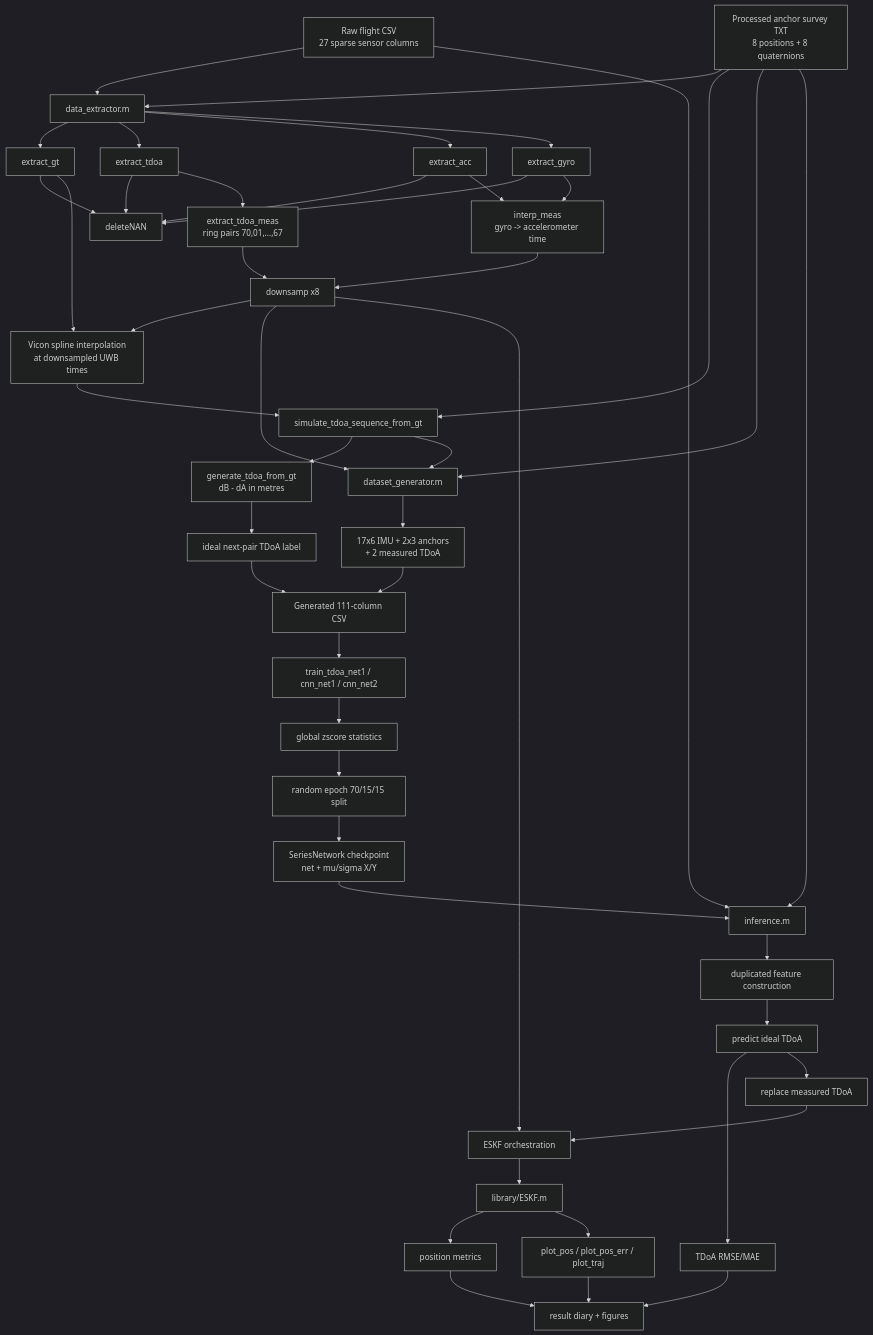
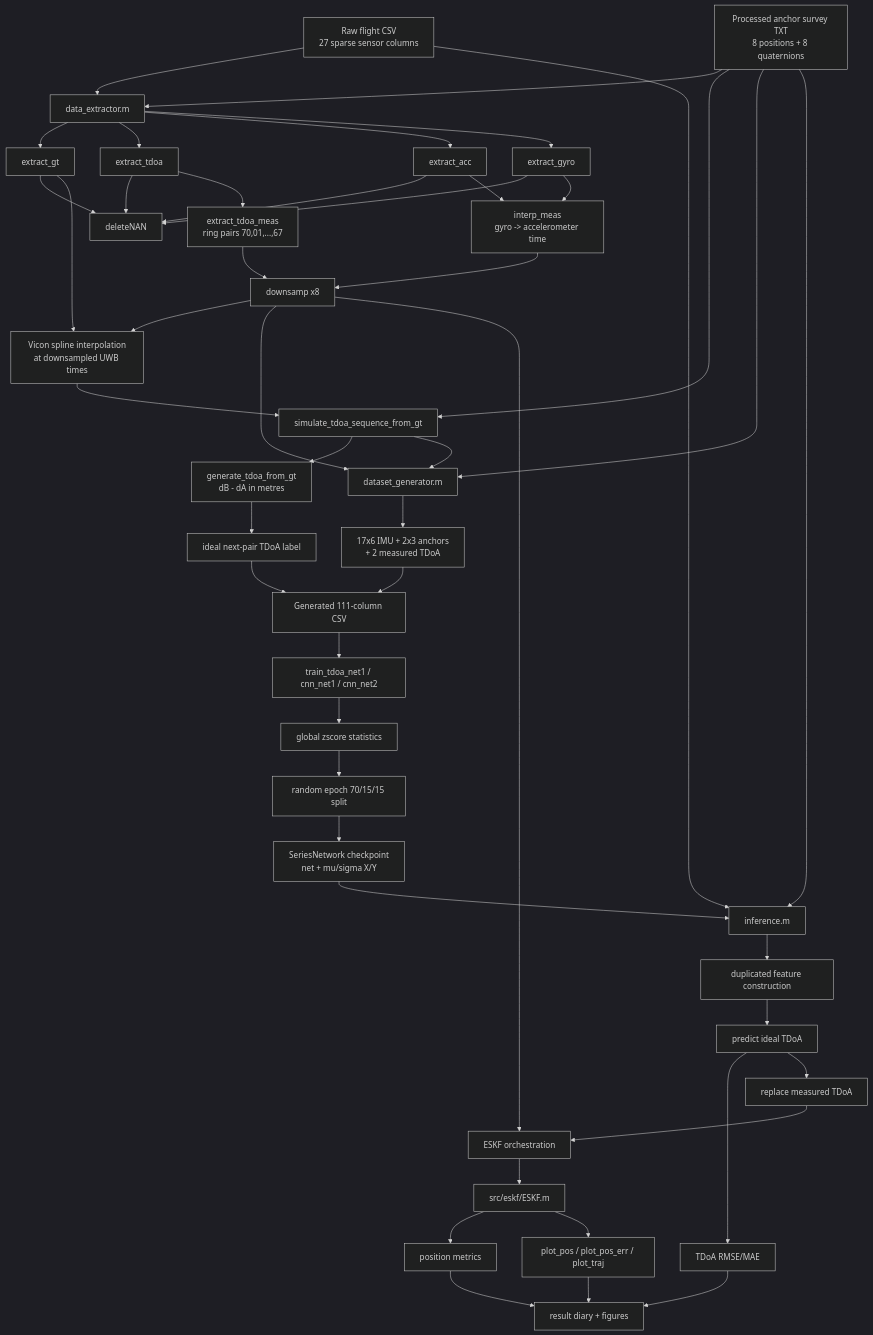
The first of 4 diagrams in docs/dependency_map.md (aria-joozani/uwb_imu_data_fusion_nn), drawn with Mermaid (dark theme) before and after one commit. The commit also changed other lines of this file and 33 other files, not shown here.

````diff
--- a/docs/dependency_map.md
+++ b/docs/dependency_map.md
@@ -5,55 +5,55 @@
 ```mermaid
 flowchart TD
     RAW[Raw flight CSV<br/>27 sparse sensor columns]
     SURVEY[Processed anchor survey TXT<br/>8 positions + 8 quaternions]
 
     RAW --> EX[data_extractor.m]
     SURVEY --> EX
     EX --> EGT[extract_gt]
     EX --> ET[extract_tdoa]
     EX --> EA[extract_acc]
     EX --> EG[extract_gyro]
     EGT --> DN[deleteNAN]
     ET --> DN
     EA --> DN
     EG --> DN
     EG --> IM[interp_meas<br/>gyro -> accelerometer time]
     EA --> IM
     IM --> DS[downsamp x8]
     ET --> PAIRS[extract_tdoa_meas<br/>ring pairs 70,01,...,67]
     PAIRS --> DS
     EGT --> GTI[Vicon spline interpolation<br/>at downsampled UWB times]
     DS --> GTI
     GTI --> SIM[simulate_tdoa_sequence_from_gt]
     SURVEY --> SIM
     SIM --> GTF[generate_tdoa_from_gt<br/>dB - dA in metres]
 
     DS --> GEN[dataset_generator.m]
     SIM --> GEN
     SURVEY --> GEN
     GEN --> FEAT[17x6 IMU + 2x3 anchors<br/>+ 2 measured TDoA]
     GTF --> LABEL[ideal next-pair TDoA label]
     FEAT --> NNCSV[Generated 111-column CSV]
     LABEL --> NNCSV
 
     NNCSV --> TRAIN[train_tdoa_net1 / cnn_net1 / cnn_net2]
     TRAIN --> NORM[global zscore statistics]
     NORM --> SPLIT[random epoch 70/15/15 split]
     SPLIT --> CKPT[SeriesNetwork checkpoint<br/>net + mu/sigma X/Y]
 
     RAW --> INF[inference.m]
     SURVEY --> INF
     CKPT --> INF
     INF --> IFEAT[duplicated feature construction]
     IFEAT --> PRED[predict ideal TDoA]
     PRED --> TMET[TDoA RMSE/MAE]
     PRED --> ENH[replace measured TDoA]
     ENH --> ERUN[ESKF orchestration]
     DS --> ERUN
-    ERUN --> ECLASS[library/ESKF.m]
+    ERUN --> ECLASS[src/eskf/ESKF.m]
     ECLASS --> PMET[position metrics]
     ECLASS --> PLOT[plot_pos / plot_pos_err / plot_traj]
     TMET --> LOG[result diary + figures]
     PMET --> LOG
     PLOT --> LOG
 ```
````
